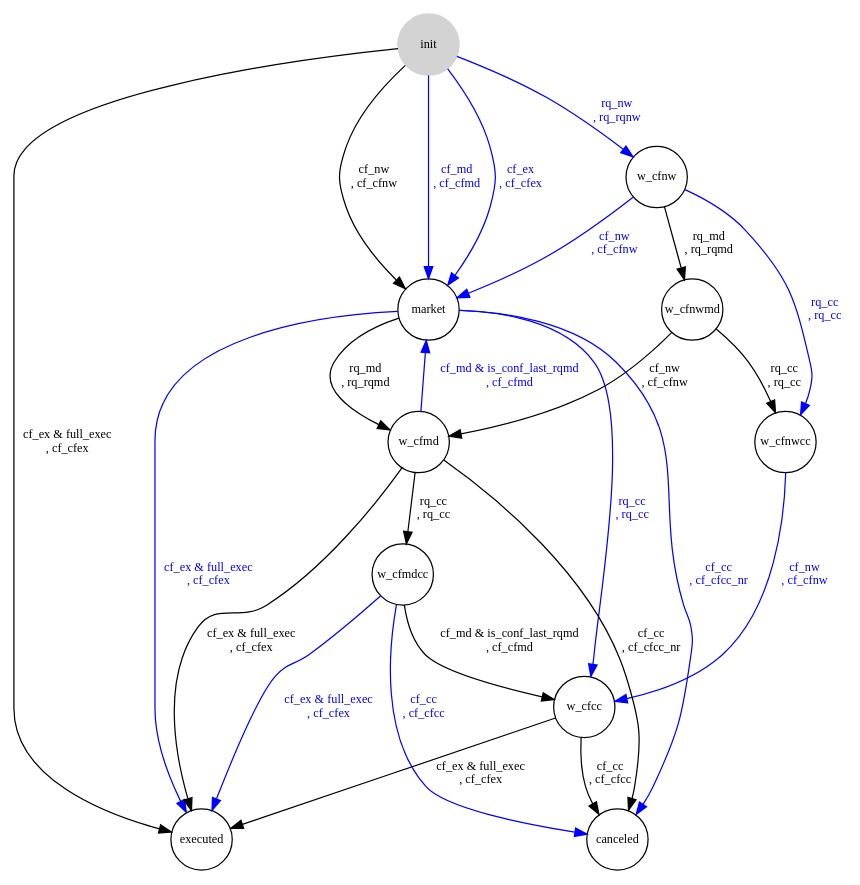
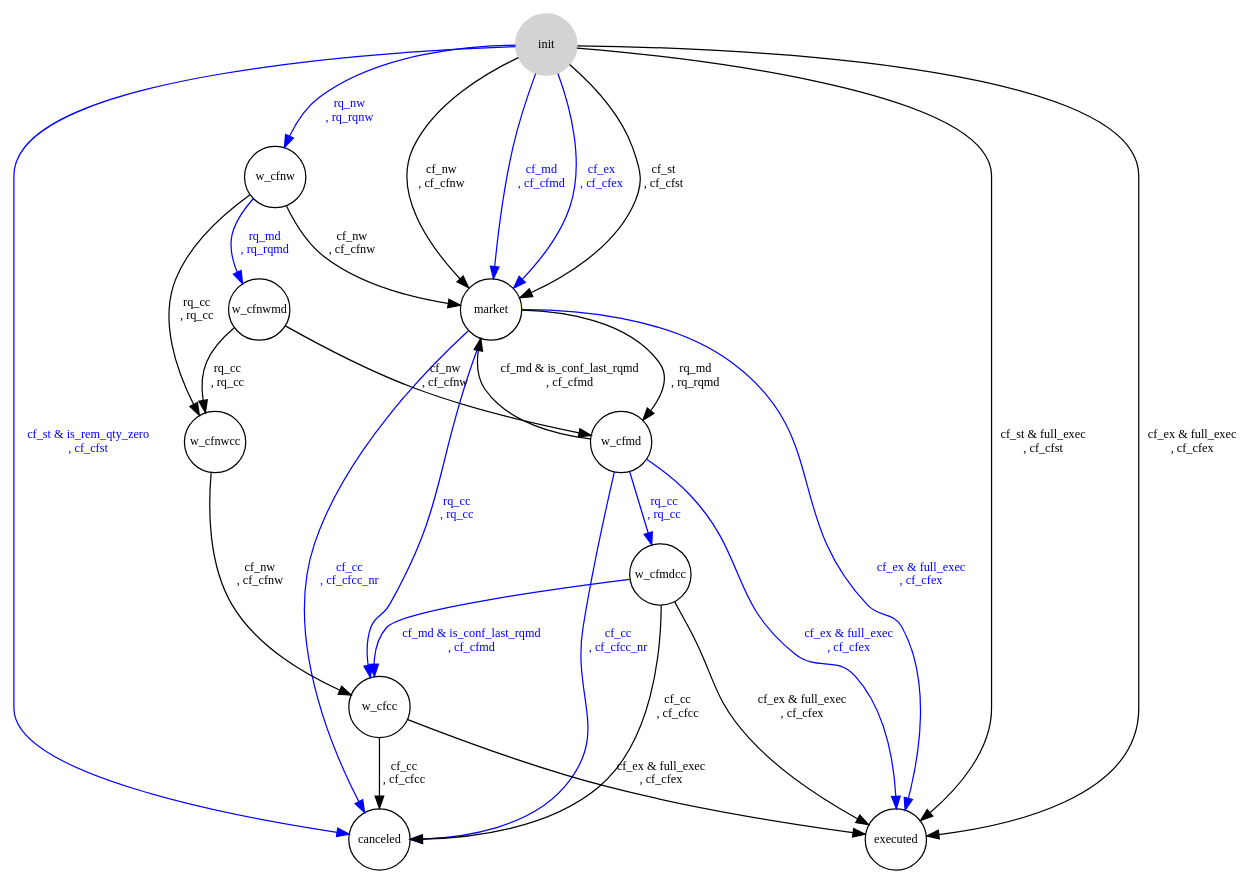
Before and after one commit to jleahred/maiquel-toolkit-cpp: the diagram in src/components/trading/trd_cli_mk.dot, drawn with Graphviz. The commit also changed 48 other files, not shown here.

```diff
--- a/src/components/trading/trd_cli_mk.dot
+++ b/src/components/trading/trd_cli_mk.dot
@@ -1,32 +1,35 @@
 digraph automata {
     node [shape = circle, fontsize=10, fixedsize=true width=0.7];
     init [ style = filled, color=lightgrey ];
 
         init  ->  w_cfnw  [ label = "rq_nw\n, rq_rqnw", color=blue, fontcolor=blue, fontsize=10, fixedsize=true ];
     init  ->  market  [ label = "cf_nw\n, cf_cfnw", color=black, fontcolor=black, fontsize=10, fixedsize=true ];
     init  ->  market  [ label = "cf_md\n, cf_cfmd", color=blue, fontcolor=blue, fontsize=10, fixedsize=true ];
     init  ->  executed  [ label = "cf_ex & full_exec\n, cf_cfex", color=black, fontcolor=black, fontsize=10, fixedsize=true ];
     init  ->  market  [ label = "cf_ex\n, cf_cfex", color=blue, fontcolor=blue, fontsize=10, fixedsize=true ];
-    w_cfnw  ->  w_cfnwmd  [ label = "rq_md\n, rq_rqmd", color=black, fontcolor=black, fontsize=10, fixedsize=true ];
-    w_cfnw  ->  w_cfnwcc  [ label = "rq_cc\n, rq_cc", color=blue, fontcolor=blue, fontsize=10, fixedsize=true ];
-    w_cfnw  ->  market  [ label = "cf_nw\n, cf_cfnw", color=blue, fontcolor=blue, fontsize=10, fixedsize=true ];
+    init  ->  executed  [ label = "cf_st & full_exec\n, cf_cfst", color=black, fontcolor=black, fontsize=10, fixedsize=true ];
+    init  ->  canceled  [ label = "cf_st & is_rem_qty_zero\n, cf_cfst", color=blue, fontcolor=blue, fontsize=10, fixedsize=true ];
+    init  ->  market  [ label = "cf_st\n, cf_cfst", color=black, fontcolor=black, fontsize=10, fixedsize=true ];
+    w_cfnw  ->  w_cfnwmd  [ label = "rq_md\n, rq_rqmd", color=blue, fontcolor=blue, fontsize=10, fixedsize=true ];
+    w_cfnw  ->  w_cfnwcc  [ label = "rq_cc\n, rq_cc", color=black, fontcolor=black, fontsize=10, fixedsize=true ];
+    w_cfnw  ->  market  [ label = "cf_nw\n, cf_cfnw", color=black, fontcolor=black, fontsize=10, fixedsize=true ];
     market  ->  w_cfmd  [ label = "rq_md\n, rq_rqmd", color=black, fontcolor=black, fontsize=10, fixedsize=true ];
     market  ->  w_cfcc  [ label = "rq_cc\n, rq_cc", color=blue, fontcolor=blue, fontsize=10, fixedsize=true ];
     market  ->  canceled  [ label = "cf_cc\n, cf_cfcc_nr", color=blue, fontcolor=blue, fontsize=10, fixedsize=true ];
     market  ->  executed  [ label = "cf_ex & full_exec\n, cf_cfex", color=blue, fontcolor=blue, fontsize=10, fixedsize=true ];
-    w_cfmd  ->  w_cfmdcc  [ label = "rq_cc\n, rq_cc", color=black, fontcolor=black, fontsize=10, fixedsize=true ];
-    w_cfmd  ->  market  [ label = "cf_md & is_conf_last_rqmd\n, cf_cfmd", color=blue, fontcolor=blue, fontsize=10, fixedsize=true ];
-    w_cfmd  ->  canceled  [ label = "cf_cc\n, cf_cfcc_nr", color=black, fontcolor=black, fontsize=10, fixedsize=true ];
-    w_cfmd  ->  executed  [ label = "cf_ex & full_exec\n, cf_cfex", color=black, fontcolor=black, fontsize=10, fixedsize=true ];
+    w_cfmd  ->  w_cfmdcc  [ label = "rq_cc\n, rq_cc", color=blue, fontcolor=blue, fontsize=10, fixedsize=true ];
+    w_cfmd  ->  market  [ label = "cf_md & is_conf_last_rqmd\n, cf_cfmd", color=black, fontcolor=black, fontsize=10, fixedsize=true ];
+    w_cfmd  ->  canceled  [ label = "cf_cc\n, cf_cfcc_nr", color=blue, fontcolor=blue, fontsize=10, fixedsize=true ];
+    w_cfmd  ->  executed  [ label = "cf_ex & full_exec\n, cf_cfex", color=blue, fontcolor=blue, fontsize=10, fixedsize=true ];
     w_cfcc  ->  canceled  [ label = "cf_cc\n, cf_cfcc", color=black, fontcolor=black, fontsize=10, fixedsize=true ];
     w_cfcc  ->  executed  [ label = "cf_ex & full_exec\n, cf_cfex", color=black, fontcolor=black, fontsize=10, fixedsize=true ];
-    w_cfmdcc  ->  w_cfcc  [ label = "cf_md & is_conf_last_rqmd\n, cf_cfmd", color=black, fontcolor=black, fontsize=10, fixedsize=true ];
-    w_cfmdcc  ->  canceled  [ label = "cf_cc\n, cf_cfcc", color=blue, fontcolor=blue, fontsize=10, fixedsize=true ];
-    w_cfmdcc  ->  executed  [ label = "cf_ex & full_exec\n, cf_cfex", color=blue, fontcolor=blue, fontsize=10, fixedsize=true ];
+    w_cfmdcc  ->  w_cfcc  [ label = "cf_md & is_conf_last_rqmd\n, cf_cfmd", color=blue, fontcolor=blue, fontsize=10, fixedsize=true ];
+    w_cfmdcc  ->  canceled  [ label = "cf_cc\n, cf_cfcc", color=black, fontcolor=black, fontsize=10, fixedsize=true ];
+    w_cfmdcc  ->  executed  [ label = "cf_ex & full_exec\n, cf_cfex", color=black, fontcolor=black, fontsize=10, fixedsize=true ];
     w_cfnwmd  ->  w_cfnwcc  [ label = "rq_cc\n, rq_cc", color=black, fontcolor=black, fontsize=10, fixedsize=true ];
     w_cfnwmd  ->  w_cfmd  [ label = "cf_nw\n, cf_cfnw", color=black, fontcolor=black, fontsize=10, fixedsize=true ];
-    w_cfnwcc  ->  w_cfcc  [ label = "cf_nw\n, cf_cfnw", color=blue, fontcolor=blue, fontsize=10, fixedsize=true ];
+    w_cfnwcc  ->  w_cfcc  [ label = "cf_nw\n, cf_cfnw", color=black, fontcolor=black, fontsize=10, fixedsize=true ];
  
 
     //trd_cli_mk  [ shape = plaintext ];
 }
```
